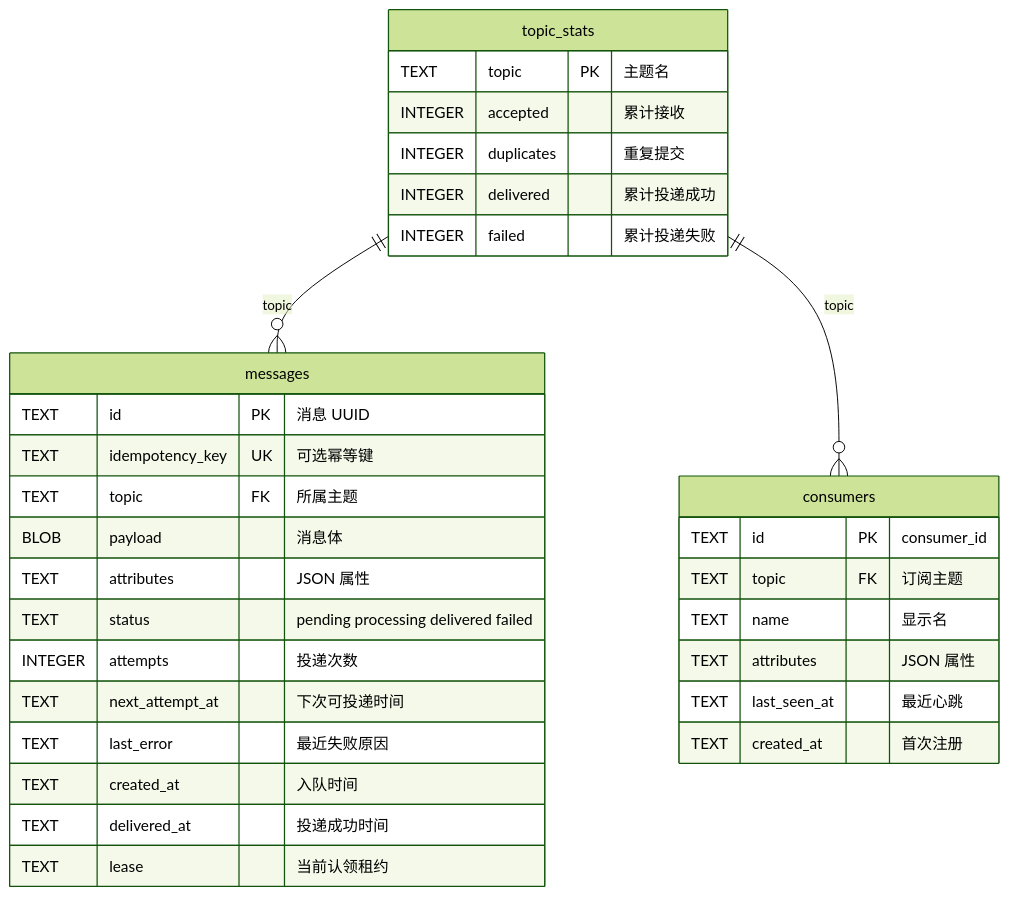
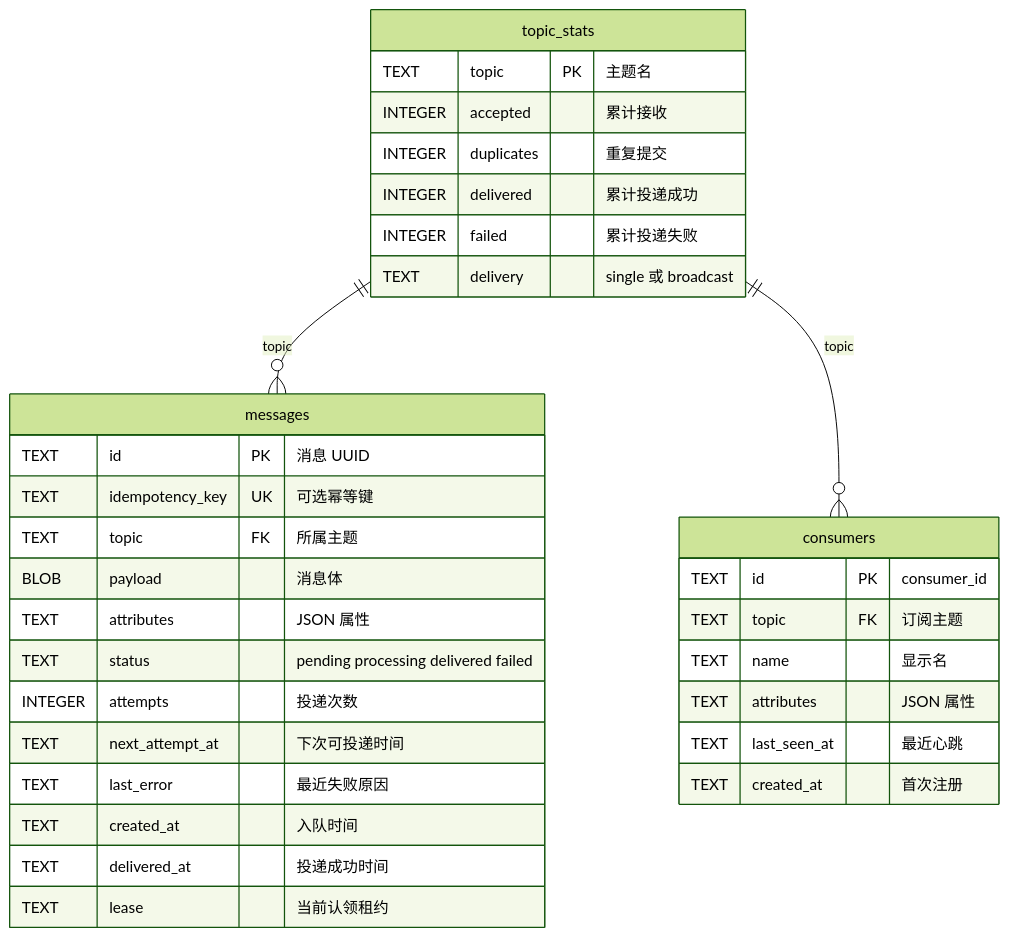
The diagram in README.md (zhangjianshe/cangling-broker), drawn with Mermaid (forest theme) before and after one commit. The commit also changed other lines of this file and 15 other files, not shown here.

Commit message:
topic can be configed with broadcast or single delievry

````diff
--- a/README.md
+++ b/README.md
@@ -244,37 +262,38 @@
 ```mermaid
 erDiagram
     topic_stats ||--o{ messages : "topic"
     topic_stats ||--o{ consumers : "topic"
 
     topic_stats {
         TEXT topic PK "主题名"
         INTEGER accepted "累计接收"
         INTEGER duplicates "重复提交"
         INTEGER delivered "累计投递成功"
         INTEGER failed "累计投递失败"
+        TEXT delivery "single 或 broadcast"
     }
 
     messages {
         TEXT id PK "消息 UUID"
         TEXT idempotency_key UK "可选幂等键"
         TEXT topic FK "所属主题"
         BLOB payload "消息体"
         TEXT attributes "JSON 属性"
         TEXT status "pending processing delivered failed"
         INTEGER attempts "投递次数"
         TEXT next_attempt_at "下次可投递时间"
         TEXT last_error "最近失败原因"
         TEXT created_at "入队时间"
         TEXT delivered_at "投递成功时间"
         TEXT lease "当前认领租约"
     }
 
     consumers {
         TEXT id PK "consumer_id"
         TEXT topic FK "订阅主题"
         TEXT name "显示名"
         TEXT attributes "JSON 属性"
         TEXT last_seen_at "最近心跳"
         TEXT created_at "首次注册"
     }
 ```
````
